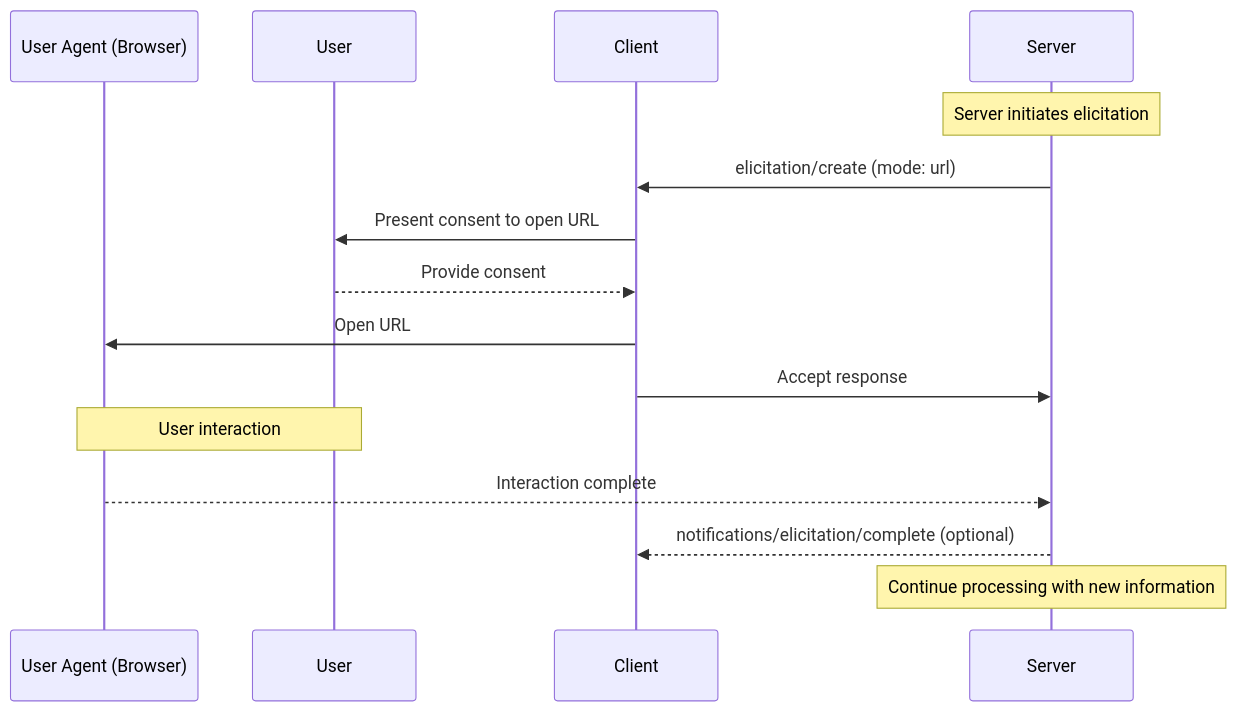
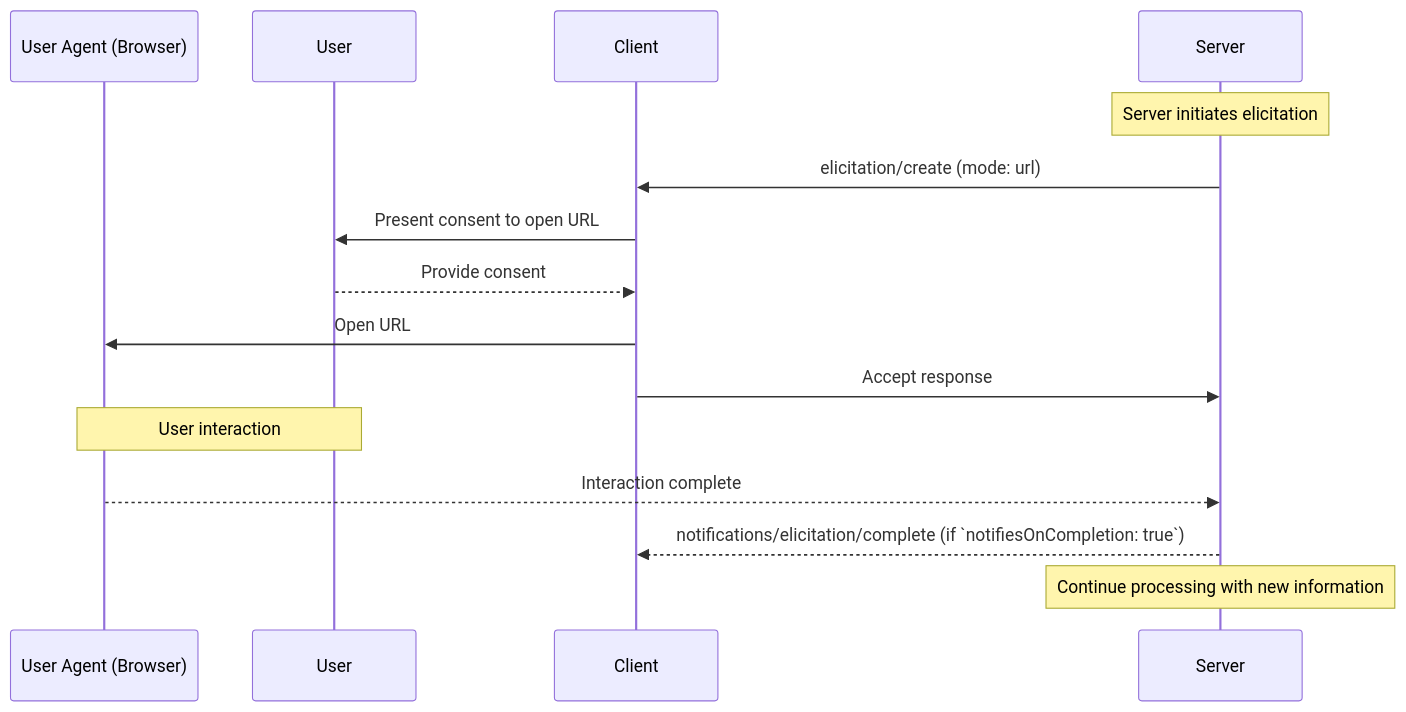
Before and after one commit to scottslewis/modelcontextprotocol: the second of 4 diagrams in docs/specification/draft/client/elicitation.mdx, drawn with Mermaid. The commit also changed other lines of this file and 3 other files, not shown here.

Commit message:
fix: Clear expectation for completion notification in URL elicitation

````diff
--- a/docs/specification/draft/client/elicitation.mdx
+++ b/docs/specification/draft/client/elicitation.mdx
@@ -465,22 +487,22 @@
 ```mermaid
 sequenceDiagram
     participant UserAgent as User Agent (Browser)
     participant User
     participant Client
     participant Server
 
     Note over Server: Server initiates elicitation
     Server->>Client: elicitation/create (mode: url)
 
     Client->>User: Present consent to open URL
     User-->>Client: Provide consent
 
     Client->>UserAgent: Open URL
     Client->>Server: Accept response
 
     Note over User,UserAgent: User interaction
     UserAgent-->>Server: Interaction complete
-    Server-->>Client: notifications/elicitation/complete (optional)
+    Server-->>Client: notifications/elicitation/complete (if `notifiesOnCompletion: true`)
 
     Note over Server: Continue processing with new information
 ```
````
